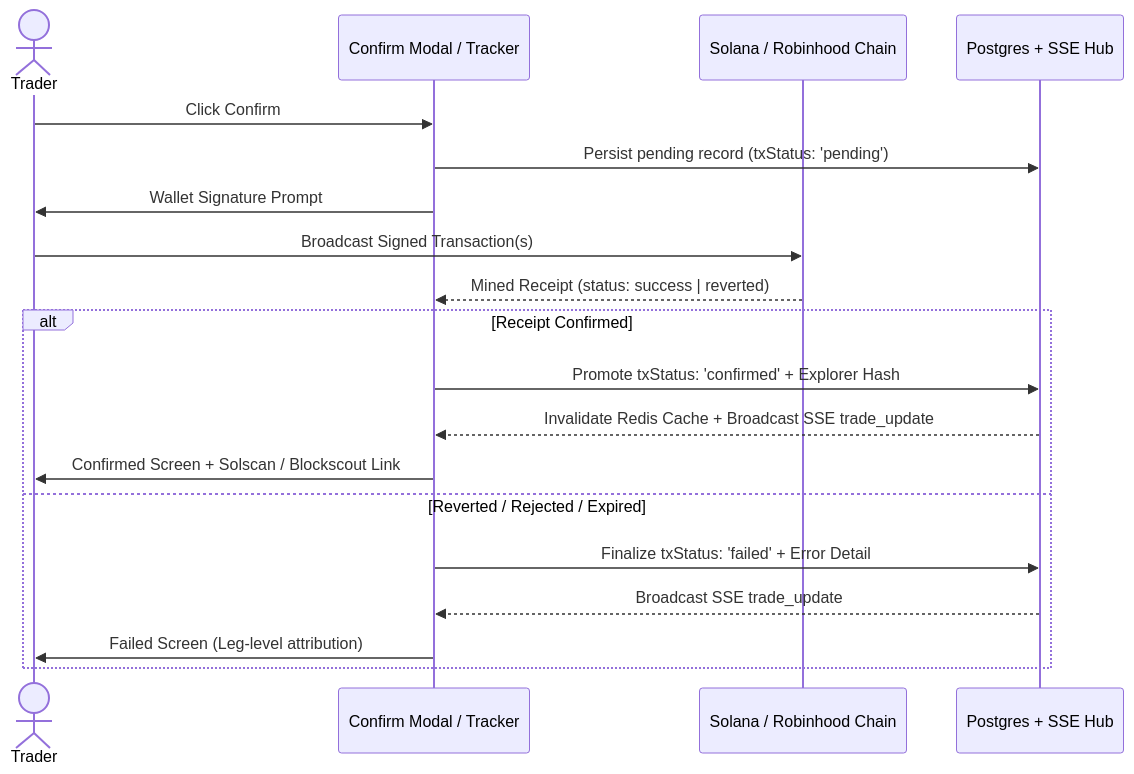
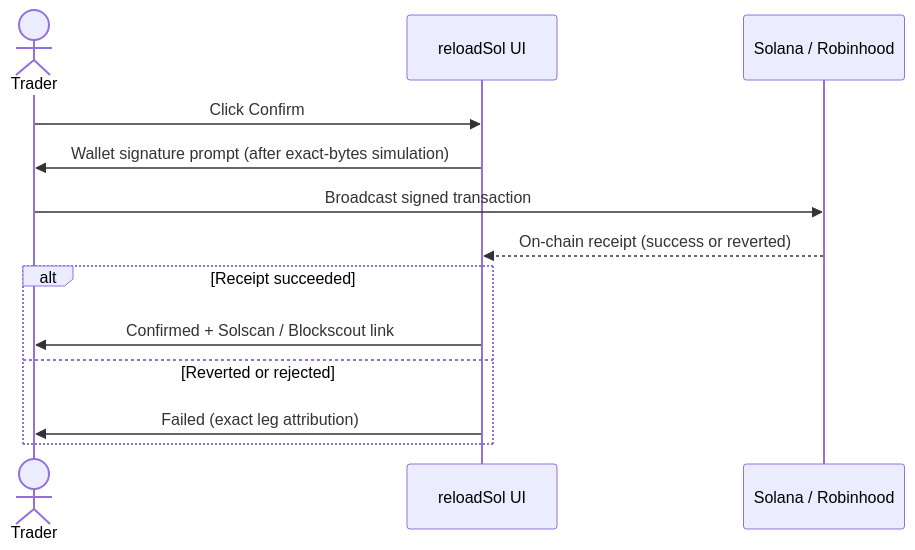
One commit to studentofcoding/reloadsol-docs changed the diagram in trading/order-execution-and-mechanics.md. Above: the diagram before and after it, drawn with Mermaid. The commit also changed other lines of this file and 34 other files, not shown here.

````diff
--- a/trading/order-execution-and-mechanics.md
+++ b/trading/order-execution-and-mechanics.md
@@ -64,22 +27,15 @@
 ```mermaid
 sequenceDiagram
     actor Trader
-    participant UI as Confirm Modal / Tracker
-    participant Chain as Solana / Robinhood Chain
-    participant DB as Postgres + SSE Hub
-
+    participant UI as reloadSol UI
+    participant Chain as Solana / Robinhood
     Trader->>UI: Click Confirm
-    UI->>DB: Persist pending record (txStatus: 'pending')
-    UI->>Trader: Wallet Signature Prompt
-    Trader->>Chain: Broadcast Signed Transaction(s)
-    Chain-->>UI: Mined Receipt (status: success | reverted)
-    alt Receipt Confirmed
-        UI->>DB: Promote txStatus: 'confirmed' + Explorer Hash
-        DB-->>UI: Invalidate Redis Cache + Broadcast SSE trade_update
-        UI->>Trader: Confirmed Screen + Solscan / Blockscout Link
-    else Reverted / Rejected / Expired
-        UI->>DB: Finalize txStatus: 'failed' + Error Detail
-        DB-->>UI: Broadcast SSE trade_update
-        UI->>Trader: Failed Screen (Leg-level attribution)
+    UI->>Trader: Wallet signature prompt (after exact-bytes simulation)
+    Trader->>Chain: Broadcast signed transaction
+    Chain-->>UI: On-chain receipt (success or reverted)
+    alt Receipt succeeded
+        UI->>Trader: Confirmed + Solscan / Blockscout link
+    else Reverted or rejected
+        UI->>Trader: Failed (exact leg attribution)
     end
 ```
````
